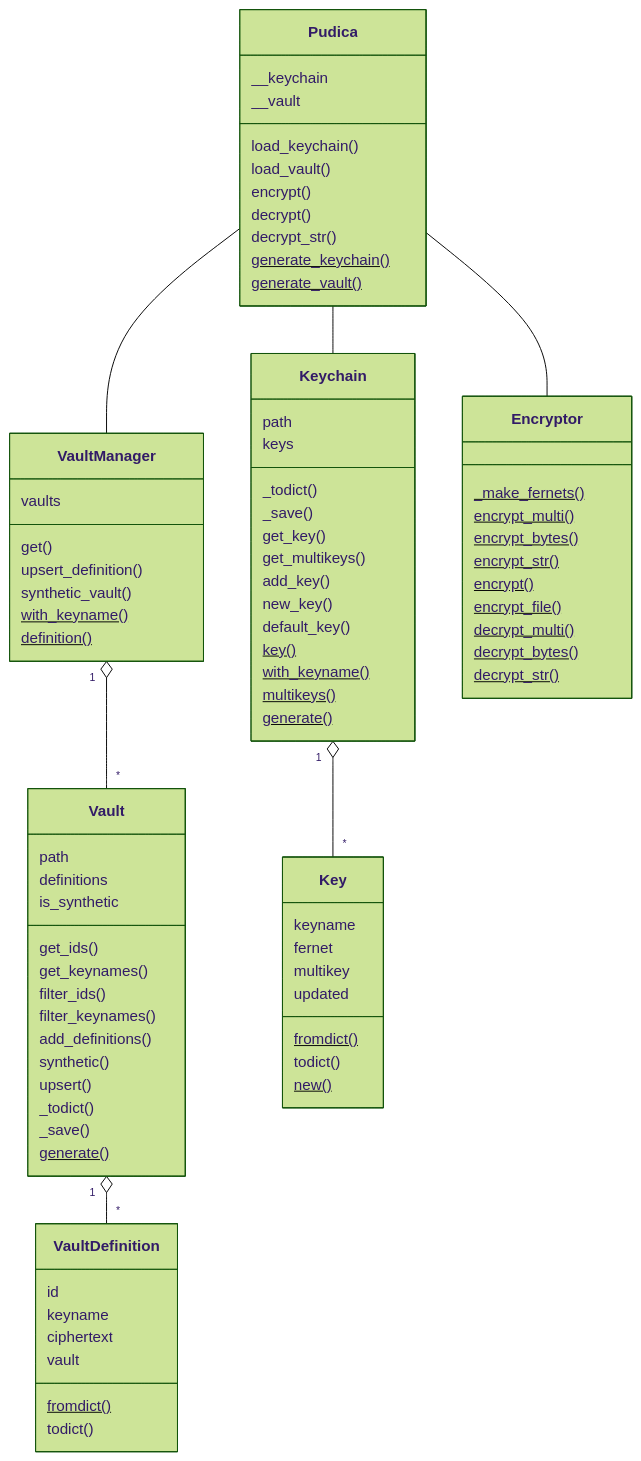
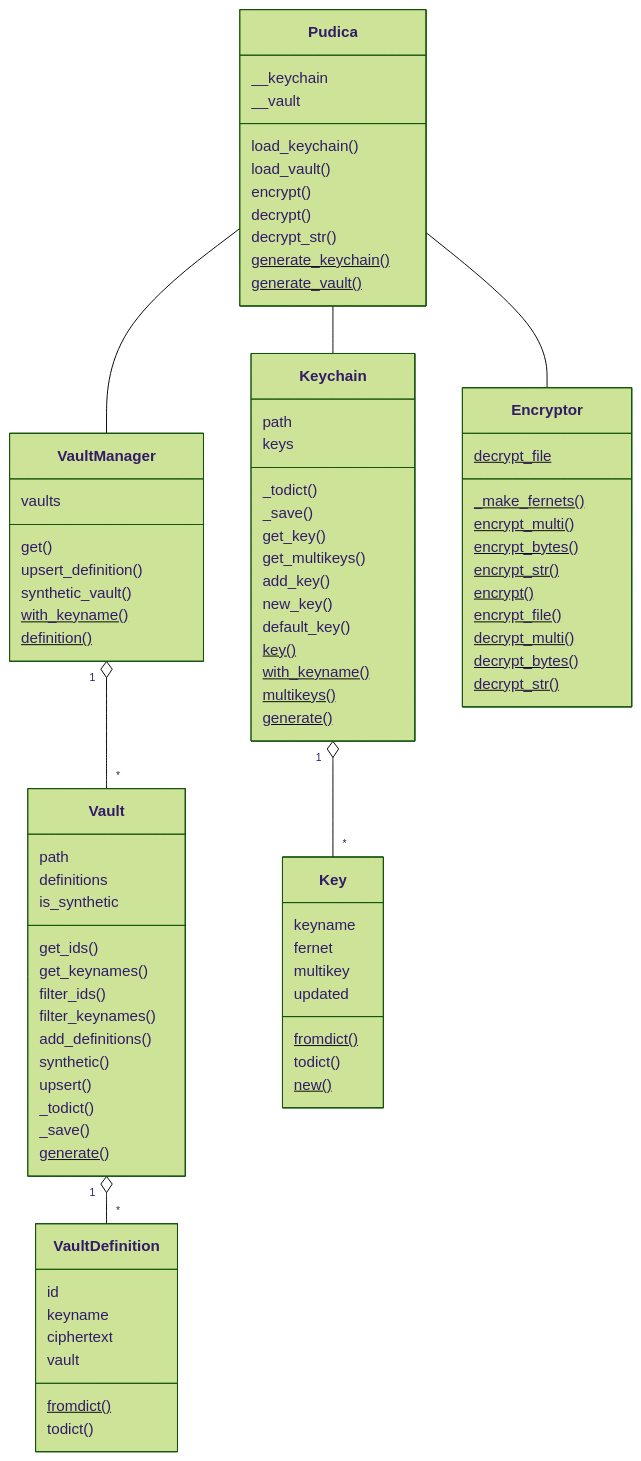
One commit to botanicode/pudica changed the diagram in docs/class_diagram.md. Above: the diagram before and after it, drawn with Mermaid (forest theme). The commit also changed 1 other file, not shown here.

Commit message:
add decrypt_file method to encryptor

```diff
--- a/docs/class_diagram.md
+++ b/docs/class_diagram.md
@@ -48,6 +48,7 @@
         decrypt_multi()$
         decrypt_bytes()$
         decrypt_str()$
+        decrypt_file$
       }
       class Pudica{
         __keychain
```
